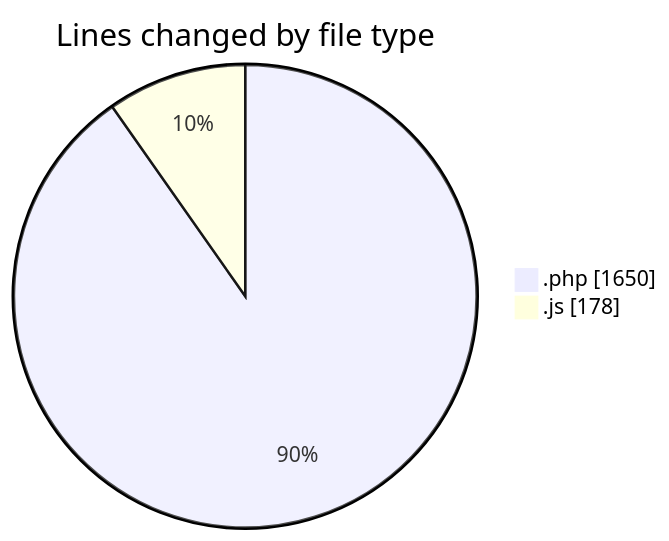
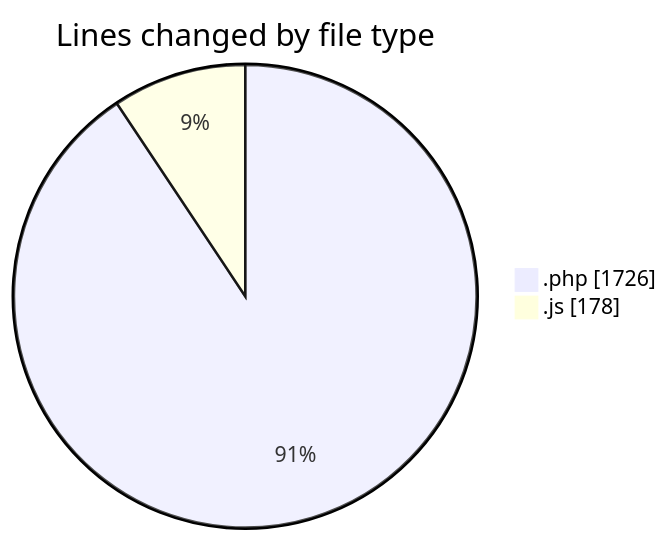
Before and after one commit to debugP/code-tracking: the first of 2 diagrams in 2026-07-09/wp-content/README.md, drawn with Mermaid. The commit also changed other lines of this file and 1 other file, not shown here.

````diff
--- a/2026-07-09/wp-content/README.md
+++ b/2026-07-09/wp-content/README.md
@@ -23,6 +23,6 @@
 ```mermaid
 pie showData
 title Lines changed by file type
-".php" : 1650
+".php" : 1726
 ".js" : 178
 ```
````
